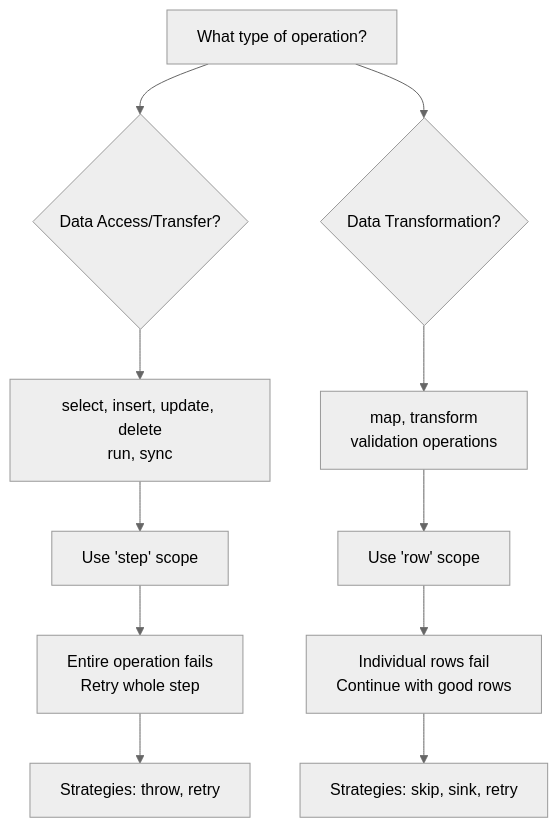
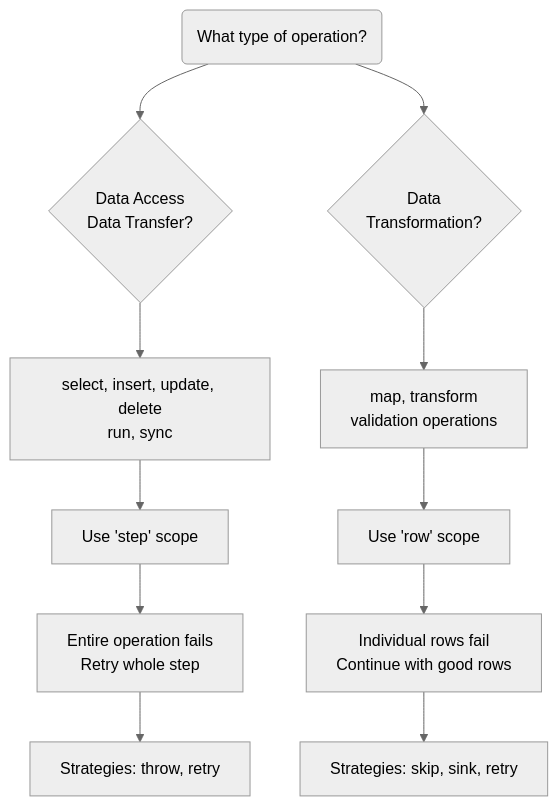
The diagram in docs/documentation/on-error-yml.md (anismegdiche/metal-server), drawn with Mermaid (neutral theme) before and after one commit. The commit also changed other lines of this file and 125 other files, not shown here.

````diff
--- a/docs/documentation/on-error-yml.md
+++ b/docs/documentation/on-error-yml.md
@@ -219,17 +328,17 @@
 ```mermaid
 flowchart TD
-    A[What type of operation?] --> B{Data Access/Transfer?}
-    A --> C{Data Transformation?}
+    A(What type of operation?) --> B{Data Access<br>Data Transfer?}
+    A --> C{Data<br>Transformation?}
 
     B --> D[select, insert, update, delete<br/>run, sync]
     C --> E[map, transform<br/>validation operations]
 
     D --> F[Use 'step' scope]
     E --> G[Use 'row' scope]
 
     F --> H[Entire operation fails<br/>Retry whole step]
     G --> I[Individual rows fail<br/>Continue with good rows]
 
     H --> J[Strategies: throw, retry]
     I --> K[Strategies: skip, sink, retry]
 ```
````
